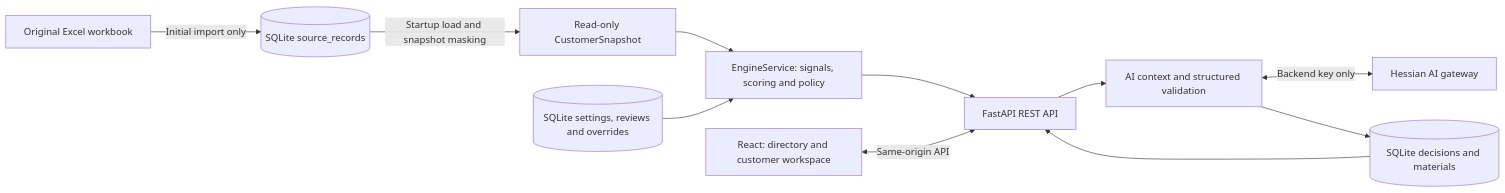
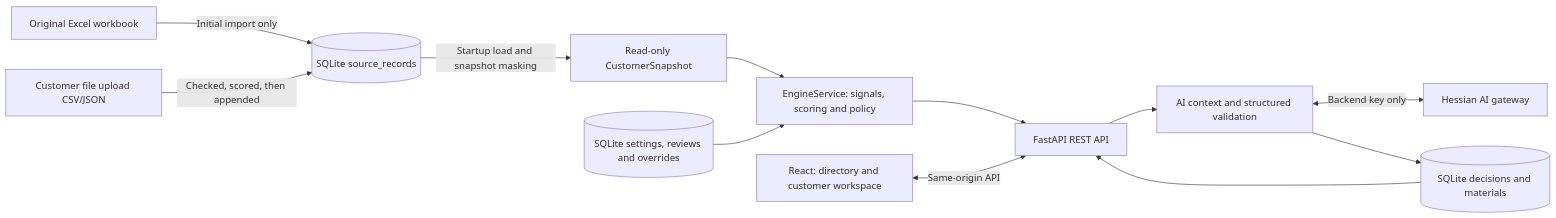
Before and after one commit to mo-heatt/maingau-nba: the first of 3 diagrams in docs/architecture.md, drawn with Mermaid. The commit also changed other lines of this file and 15 other files, not shown here.

First line of the commit message:
Import one customer from a CSV or JSON file

````diff
--- a/docs/architecture.md
+++ b/docs/architecture.md
@@ -7,13 +7,14 @@
 ```mermaid
 flowchart LR
     XLSX[Original Excel workbook] -->|Initial import only| SQL[(SQLite source_records)]
+    UPLOAD[Customer file upload CSV/JSON] -->|Checked, scored, then appended| SQL
     SQL -->|Startup load and snapshot masking| SNAP[Read-only CustomerSnapshot]
     SNAP --> ENG[EngineService: signals, scoring and policy]
     ENG --> API[FastAPI REST API]
     REACT[React: directory and customer workspace] <-->|Same-origin API| API
     API --> AI[AI context and structured validation]
     AI <-->|Backend key only| HAI[Hessian AI gateway]
     AI --> GENERATED[(SQLite decisions and materials)]
     GENERATED --> API
     SETTINGS[(SQLite settings, reviews and overrides)] --> ENG
 ```
````
